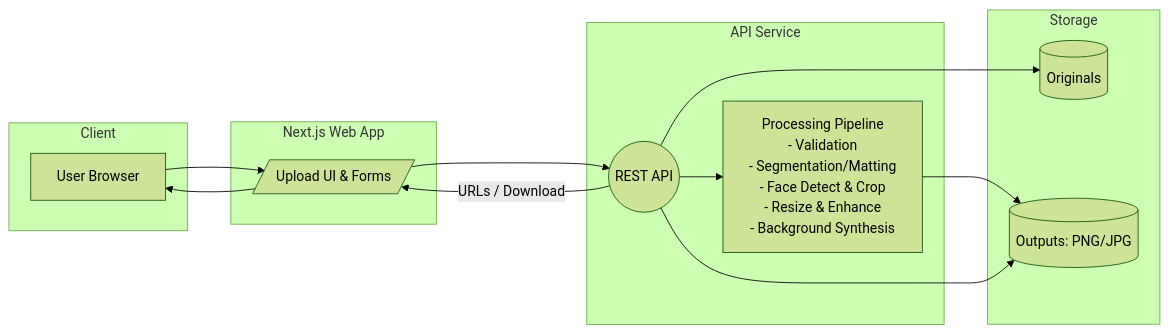
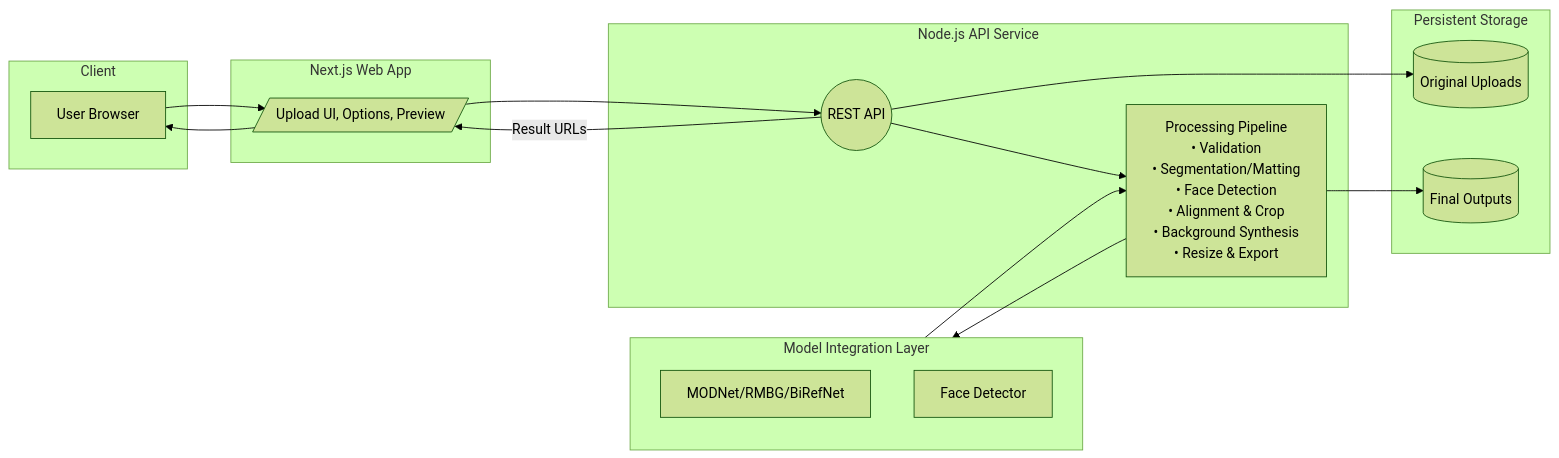
Before and after one commit to wyang10/AI-Photo-Generator: the diagram in README.md, drawn with Mermaid (forest theme). The commit also changed other lines of this file and 4 other files, not shown here.

`````diff
--- a/README.md
+++ b/README.md
@@ -20,26 +76,30 @@
 ```mermaid
 flowchart LR
   subgraph Client
     U[User Browser]
   end
 
   subgraph Frontend [Next.js Web App]
-    FE[/Upload UI & Forms/]
+    FE[/Upload UI, Options, Preview/]
   end
 
-  subgraph Backend [API Service]
+  subgraph Backend [Node.js API Service]
     API((REST API))
-    PIPE[Processing Pipeline\n- Validation\n- Segmentation/Matting\n- Face Detect & Crop\n- Resize & Enhance\n- Background Synthesis]
+    PIPE[Processing Pipeline\n• Validation\n• Segmentation/Matting\n• Face Detection\n• Alignment & Crop\n• Background Synthesis\n• Resize & Export]
   end
 
-  subgraph Storage
-    INP[(Originals)]
-    OUT[(Outputs: PNG/JPG)]
+  subgraph ModelLayer [Model Integration Layer]
+    MOD[MODNet/RMBG/BiRefNet]
+    FD[Face Detector]
+  end
+
+  subgraph Storage [Persistent Storage]
+    INP[(Original Uploads)]
+    OUT[(Final Outputs)]
   end
 
   U --> FE --> API
   API --> INP
-  API --> PIPE --> OUT
-  API --> OUT
-  API -->|URLs / Download| FE --> U
-```
+  API --> PIPE --> ModelLayer --> PIPE --> OUT
+  API -->|Result URLs| FE --> U
+````
`````
